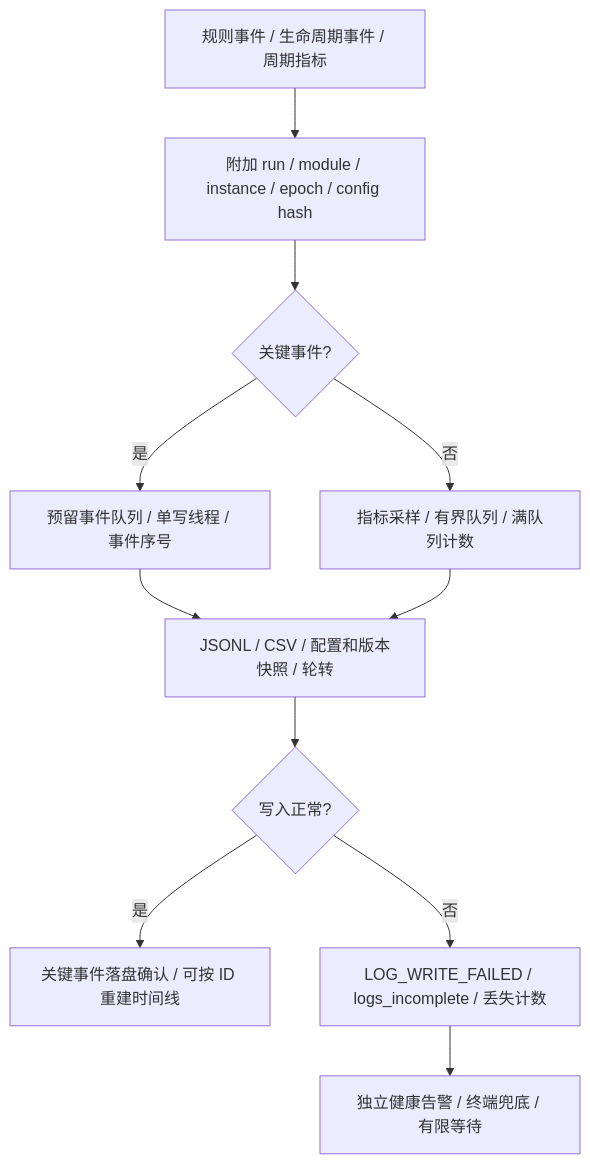
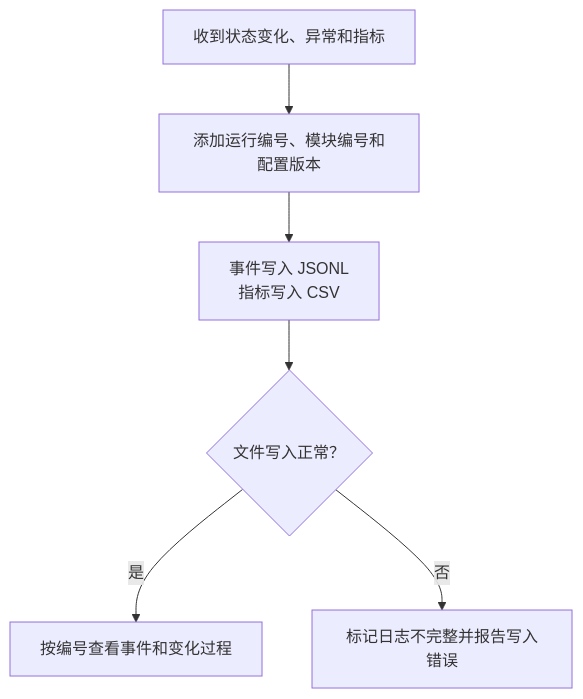
One commit to spacethroughing/Robot-Data-Health-Monitoring-Module changed the diagram in FAST_LIO/doc/ros1_workspace/flowcharts/health_v2_log_flow.mmd. Above: the diagram before and after it, drawn with Mermaid. The commit also changed 41 other files, not shown here.

Commit message:
docs: simplify health monitoring diagrams and wording

```diff
--- a/FAST_LIO/doc/ros1_workspace/flowcharts/health_v2_log_flow.mmd
+++ b/FAST_LIO/doc/ros1_workspace/flowcharts/health_v2_log_flow.mmd
@@ -1,11 +1,6 @@
 flowchart TD
-  A[规则事件 / 生命周期事件 / 周期指标] --> B[附加 run / module / instance / epoch / config hash]
-  B --> C{关键事件?}
-  C -- 是 --> D[预留事件队列 / 单写线程 / 事件序号]
-  C -- 否 --> E[指标采样 / 有界队列 / 满队列计数]
-  D --> F[JSONL / CSV / 配置和版本快照 / 轮转]
-  E --> F
-  F --> G{写入正常?}
-  G -- 是 --> H[关键事件落盘确认 / 可按 ID 重建时间线]
-  G -- 否 --> I[LOG_WRITE_FAILED / logs_incomplete / 丢失计数]
-  I --> J[独立健康告警 / 终端兜底 / 有限等待]
+  A[收到状态变化、异常和指标] --> B[添加运行编号、模块编号和配置版本]
+  B --> C[事件写入 JSONL<br/>指标写入 CSV]
+  C --> D{文件写入正常？}
+  D -- 是 --> E[按编号查看事件和变化过程]
+  D -- 否 --> F[标记日志不完整并报告写入错误]
```
